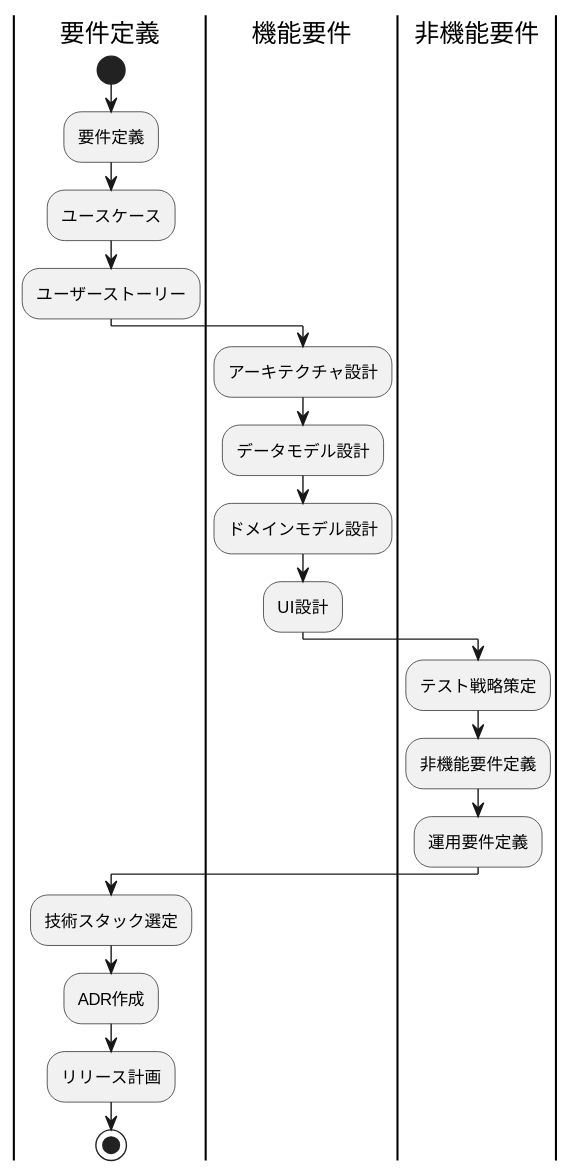
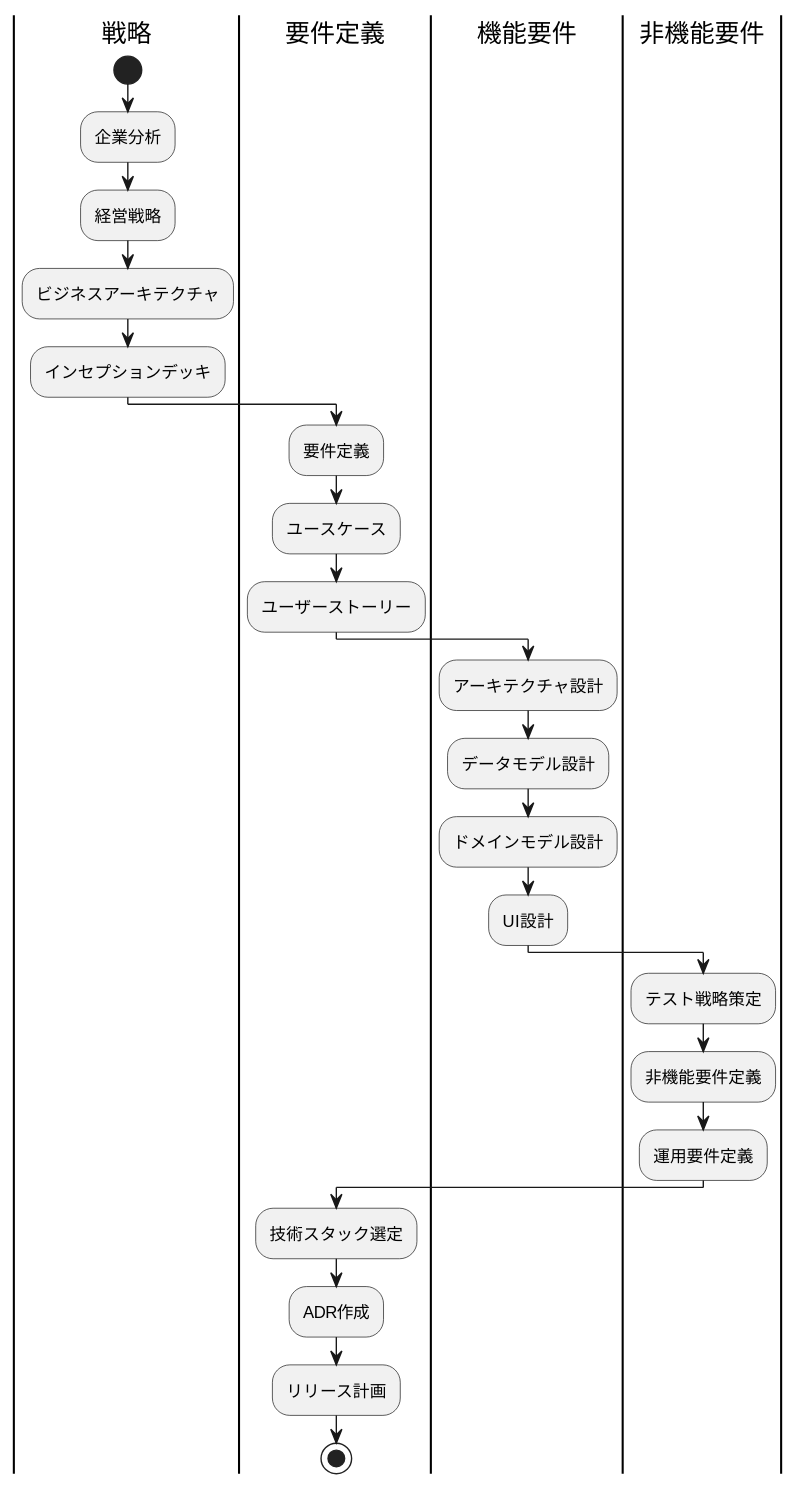
The second of 7 diagrams in docs/reference/開発ガイド.md (k2works/ai-programing-exercise), drawn with PlantUML before and after one commit. The commit also changed other lines of this file and 14 other files, not shown here.

````diff
--- a/docs/reference/開発ガイド.md
+++ b/docs/reference/開発ガイド.md
@@ -40,28 +40,33 @@
 ```plantuml
 @startuml "Phase 1"
+|戦略|
+start
+:企業分析;
+:経営戦略;
+:ビジネスアーキテクチャ;
+:インセプションデッキ;
 |要件定義|
-start
 :要件定義;
 :ユースケース;
 :ユーザーストーリー;
 
 |機能要件|
 :アーキテクチャ設計;
 :データモデル設計;
 :ドメインモデル設計;
 :UI設計;
 
 |非機能要件|
 :テスト戦略策定;
 :非機能要件定義;
 :運用要件定義;
 
 |要件定義|
 :技術スタック選定;
 :ADR作成;
 :リリース計画;
 
 stop
 
 @enduml
 ```
````
